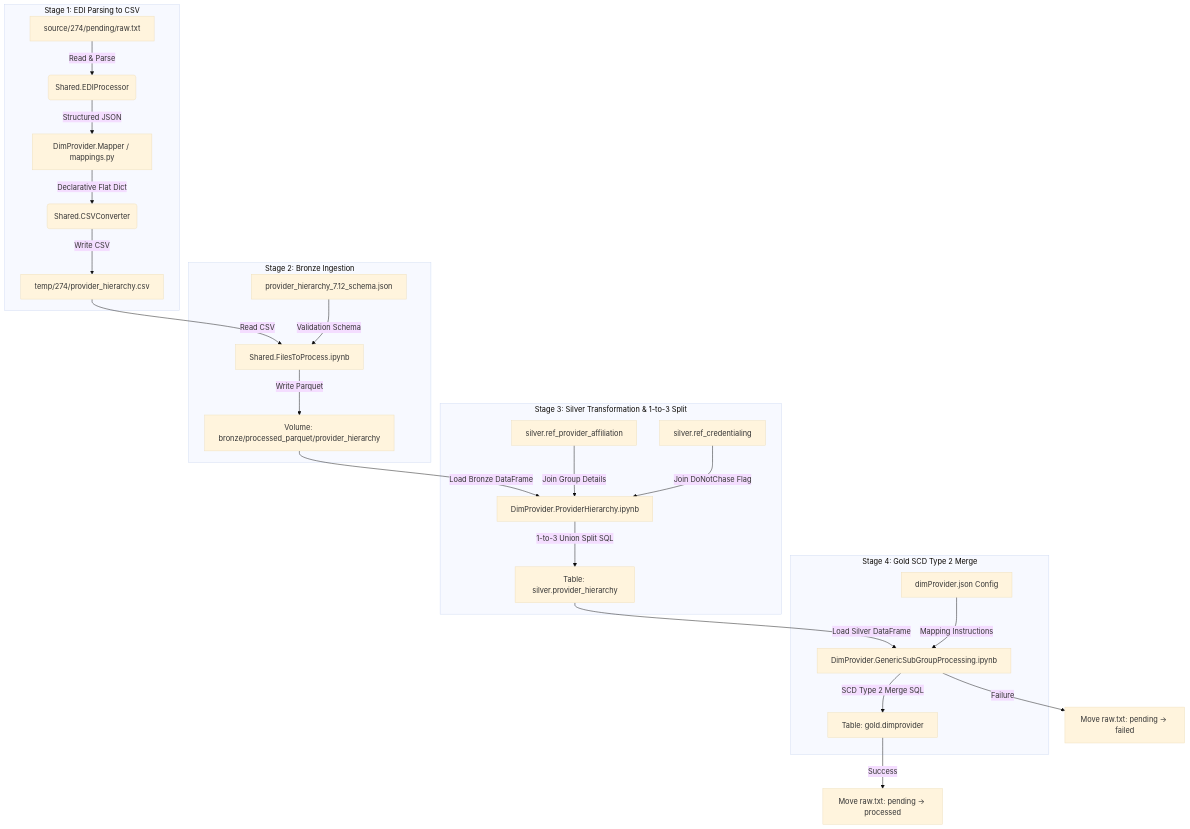
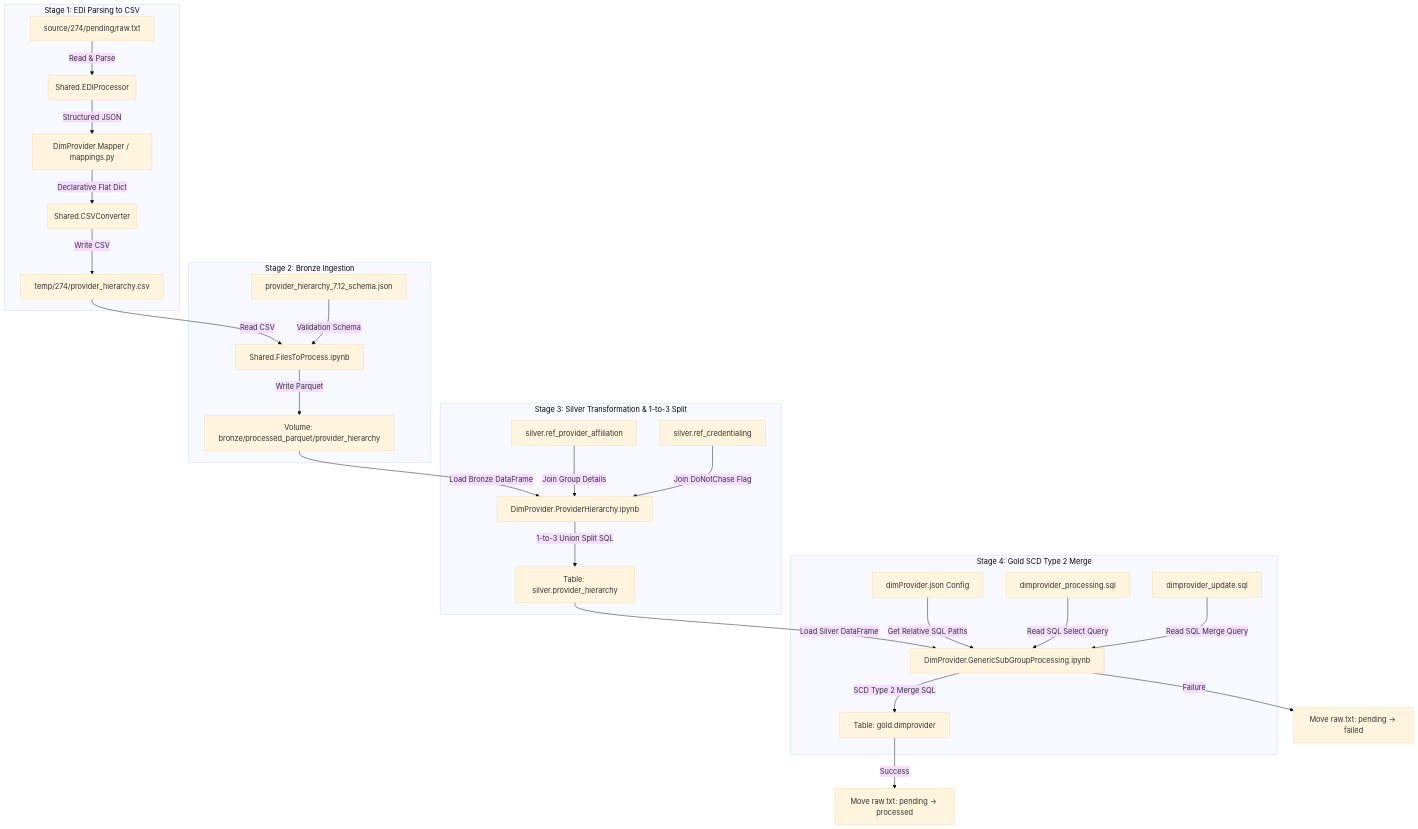
One commit to Saythu000/provider_274_template changed the diagram in README.md. Above: the diagram before and after it, drawn with Mermaid (base theme). The commit also changed other lines of this file, not shown here.

````diff
--- a/README.md
+++ b/README.md
@@ -60,36 +63,38 @@
 ```mermaid
 graph TD
     %% STAGE 1
     subgraph STAGE_1 [Stage 1: EDI Parsing to CSV]
         A[source/274/pending/raw.txt] -->|Read & Parse| B(Shared.EDIProcessor)
         B -->|Structured JSON| C[DimProvider.Mapper / mappings.py]
         C -->|Declarative Flat Dict| D(Shared.CSVConverter)
         D -->|Write CSV| E[temp/274/provider_hierarchy.csv]
     end
 
     %% STAGE 2
     subgraph STAGE_2 [Stage 2: Bronze Ingestion]
         E -->|Read CSV| F[Shared.FilesToProcess.ipynb]
         G[provider_hierarchy_7.12_schema.json] -->|Validation Schema| F
         F -->|Write Parquet| H[Volume: bronze/processed_parquet/provider_hierarchy]
     end
 
     %% STAGE 3
     subgraph STAGE_3 [Stage 3: Silver Transformation & 1-to-3 Split]
         H -->|Load Bronze DataFrame| I[DimProvider.ProviderHierarchy.ipynb]
         J[silver.ref_provider_affiliation] -->|Join Group Details| I
         K[silver.ref_credentialing] -->|Join DoNotChase Flag| I
         I -->|1-to-3 Union Split SQL| L[Table: silver.provider_hierarchy]
     end
 
     %% STAGE 4
     subgraph STAGE_4 [Stage 4: Gold SCD Type 2 Merge]
         L -->|Load Silver DataFrame| M[DimProvider.GenericSubGroupProcessing.ipynb]
-        N[dimProvider.json Config] -->|Mapping Instructions| M
+        N[dimProvider.json Config] -->|Get Relative SQL Paths| M
+        P1[dimprovider_processing.sql] -->|Read SQL Select Query| M
+        P2[dimprovider_update.sql] -->|Read SQL Merge Query| M
         M -->|SCD Type 2 Merge SQL| O[Table: gold.dimprovider]
     end
 
     %% Lifecycle
     O -->|Success| P[Move raw.txt: pending -> processed]
     M -->|Failure| Q[Move raw.txt: pending -> failed]
 ```
````
